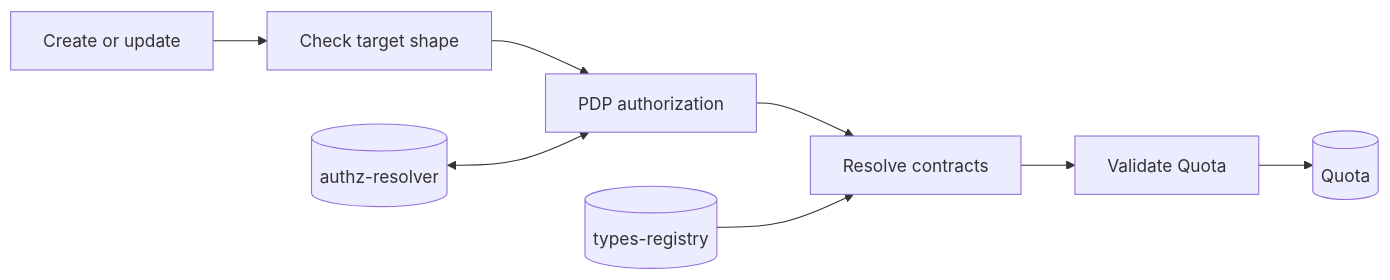
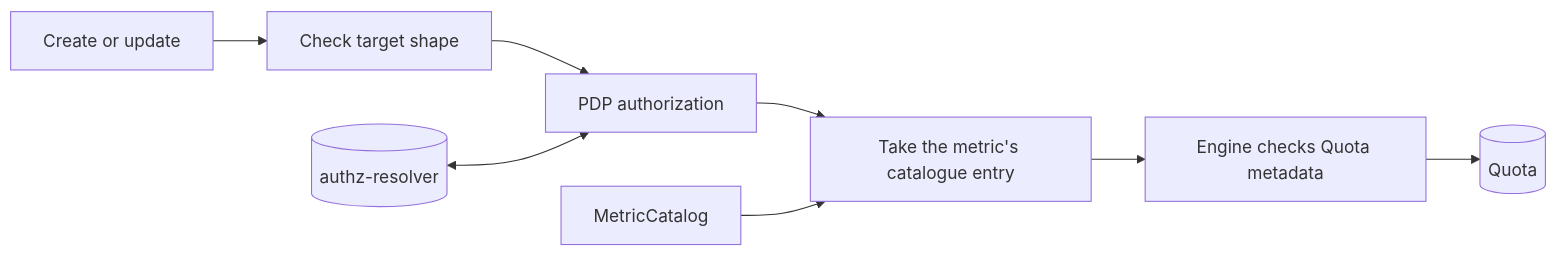
Before and after one commit to constructorfabric/gears-rust: the fourth of 5 diagrams in gears/system/quota-enforcement/docs/GTS_PROJECTION_CONTRACT_FLOW.md, drawn with Mermaid. The commit also changed other lines of this file and 48 other files, not shown here.

````diff
--- a/gears/system/quota-enforcement/docs/GTS_PROJECTION_CONTRACT_FLOW.md
+++ b/gears/system/quota-enforcement/docs/GTS_PROJECTION_CONTRACT_FLOW.md
@@ -53,10 +88,10 @@
 ```mermaid
 flowchart LR
     request["Create or update"] --> shape["Check target shape"]
     shape --> pdp["PDP authorization"]
     authz[("authz-resolver")] <--> pdp
-    pdp --> resolve["Resolve contracts"]
-    registry[("types-registry")] --> resolve
-    resolve --> validate["Validate Quota"]
-    validate --> quota[("Quota")]
+    pdp --> entry["Take the metric's catalogue entry"]
+    catalog["MetricCatalog"] --> entry
+    entry --> engine["Engine checks Quota metadata"]
+    engine --> quota[("Quota")]
 ```
````
